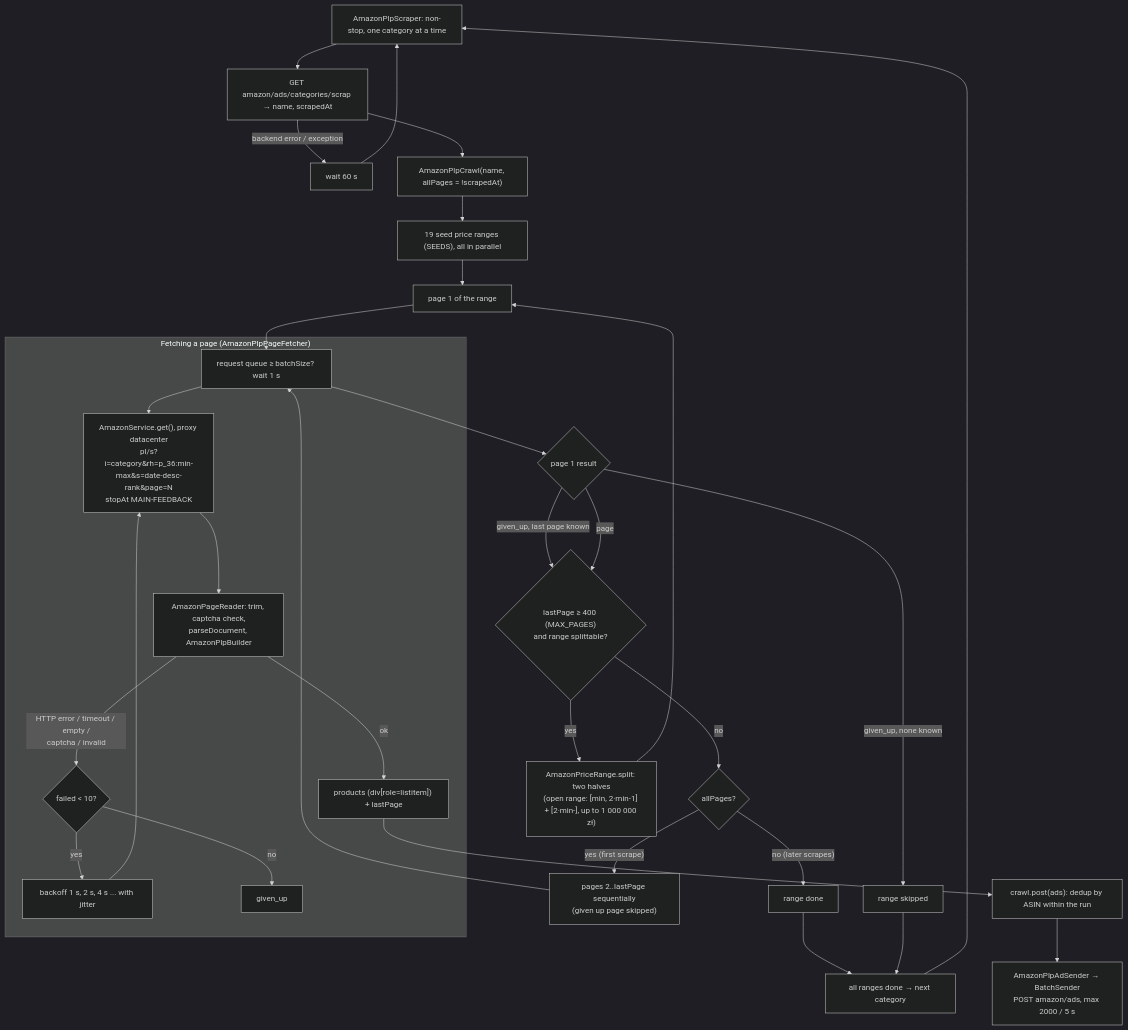
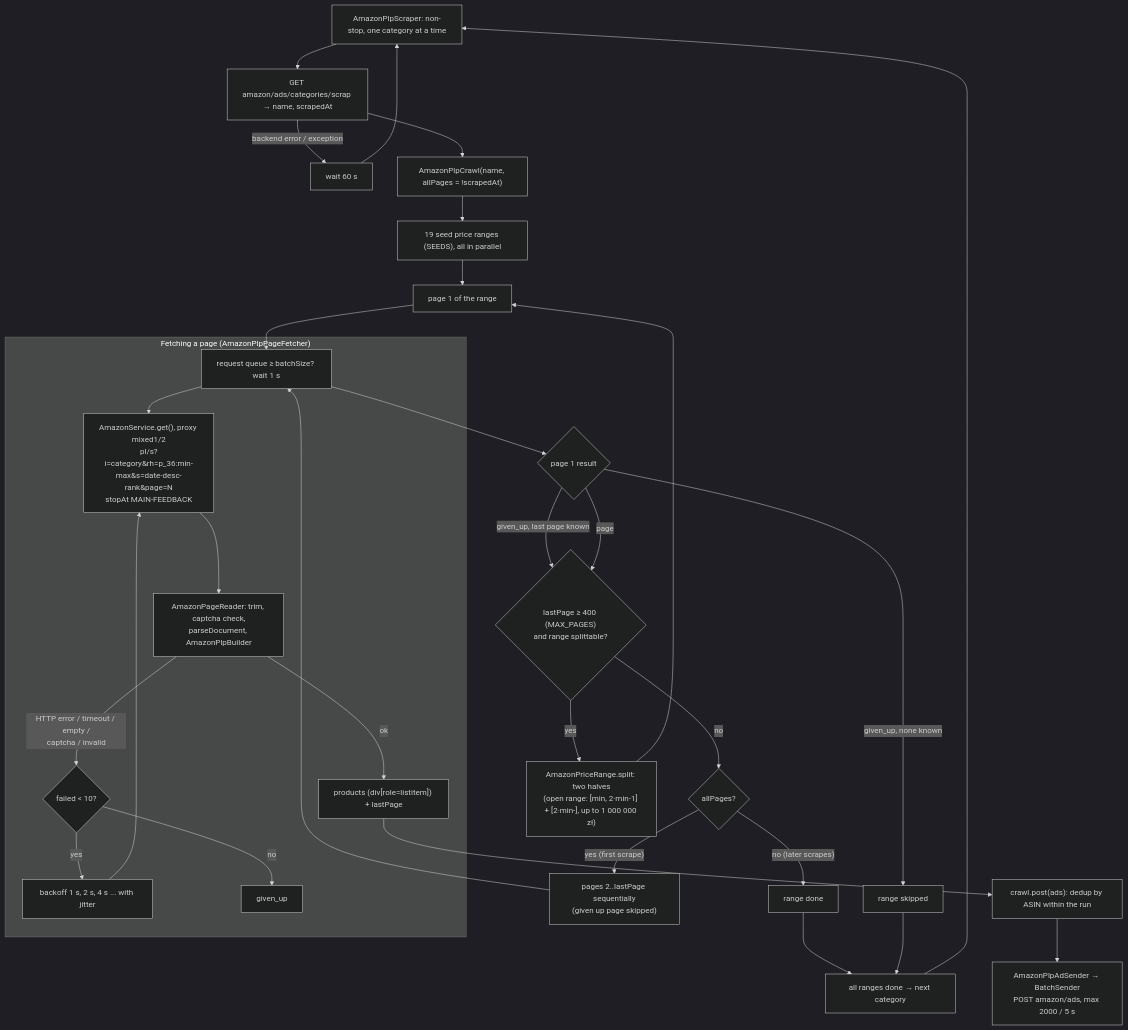
Before and after one commit to kdembski/amazon-scraper: the diagram in .claude/rules/amazon/plp.md, drawn with Mermaid (dark theme). The commit also changed other lines of this file and 2 other files, not shown here.

Commit message:
Route PLP requests through mixed1/2

````diff
--- a/.claude/rules/amazon/plp.md
+++ b/.claude/rules/amazon/plp.md
@@ -18,33 +18,33 @@
 ```mermaid
 flowchart TD
   loop["AmazonPlpScraper: non-stop, one category at a time"] --> cat["GET amazon/ads/categories/scrap → name, scrapedAt"]
   cat -- "backend error / exception" --> wait["wait 60 s"] --> loop
   cat --> crawl["AmazonPlpCrawl(name, allPages = !scrapedAt)"]
   crawl --> seeds["19 seed price ranges (SEEDS), all in parallel"]
 
   seeds --> page1["page 1 of the range"]
   page1 --> fetch
   fetch --> p1res{"page 1 result"}
   p1res -- "given_up, last page known" --> split
   p1res -- "given_up, none known" --> skipRange["range skipped"]
   p1res -- "page" --> split{"lastPage ≥ 400 (MAX_PAGES)<br/>and range splittable?"}
   split -- "yes" --> halves["AmazonPriceRange.split: two halves<br/>(open range: [min, 2·min-1] + [2·min-], up to 1 000 000 zł)"]
   halves --> page1
   split -- "no" --> all{"allPages?"}
   all -- "no (later scrapes)" --> rangeDone["range done"]
   all -- "yes (first scrape)" --> pages["pages 2..lastPage sequentially<br/>(given up page skipped)"]
   pages --> fetch
 
   subgraph fetcher ["Fetching a page (AmazonPlpPageFetcher)"]
-    fetch["request queue ≥ batchSize? wait 1 s"] --> req["AmazonService.get(), proxy datacenter<br/>pl/s?i=category&rh=p_36:min-max&s=date-desc-rank&page=N<br/>stopAt MAIN-FEEDBACK"]
+    fetch["request queue ≥ batchSize? wait 1 s"] --> req["AmazonService.get(), proxy mixed1/2<br/>pl/s?i=category&rh=p_36:min-max&s=date-desc-rank&page=N<br/>stopAt MAIN-FEEDBACK"]
     req --> reader["AmazonPageReader: trim, captcha check,<br/>parseDocument, AmazonPlpBuilder"]
     reader -- "HTTP error / timeout / empty /<br/>captcha / invalid" --> retry{"failed < 10?"}
     retry -- yes --> backoff["backoff 1 s, 2 s, 4 s ... with jitter"] --> req
     retry -- no --> givenup["given_up"]
     reader -- "ok" --> page["products (div[role=listitem]) + lastPage"]
   end
 
   page --> post["crawl.post(ads): dedup by ASIN within the run"]
   post --> sender["AmazonPlpAdSender → BatchSender<br/>POST amazon/ads, max 2000 / 5 s"]
   rangeDone & skipRange --> catDone["all ranges done → next category"] --> loop
 ```
````
